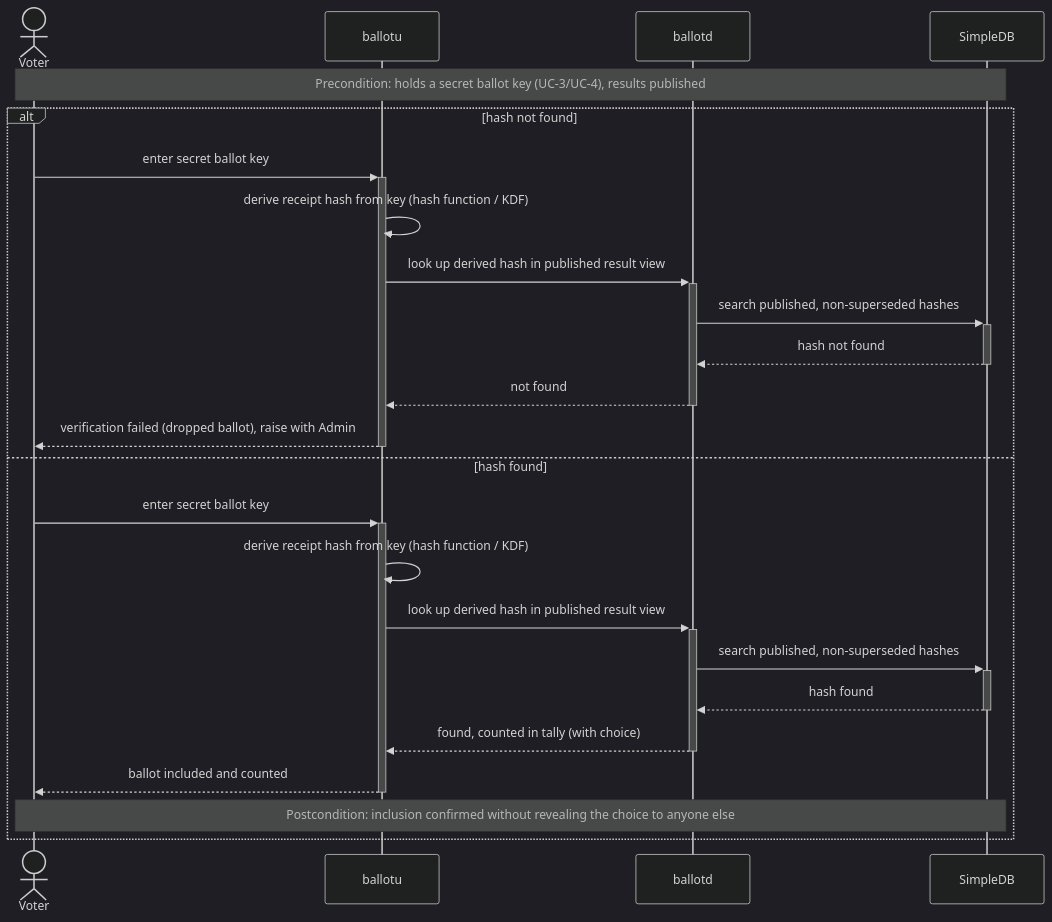
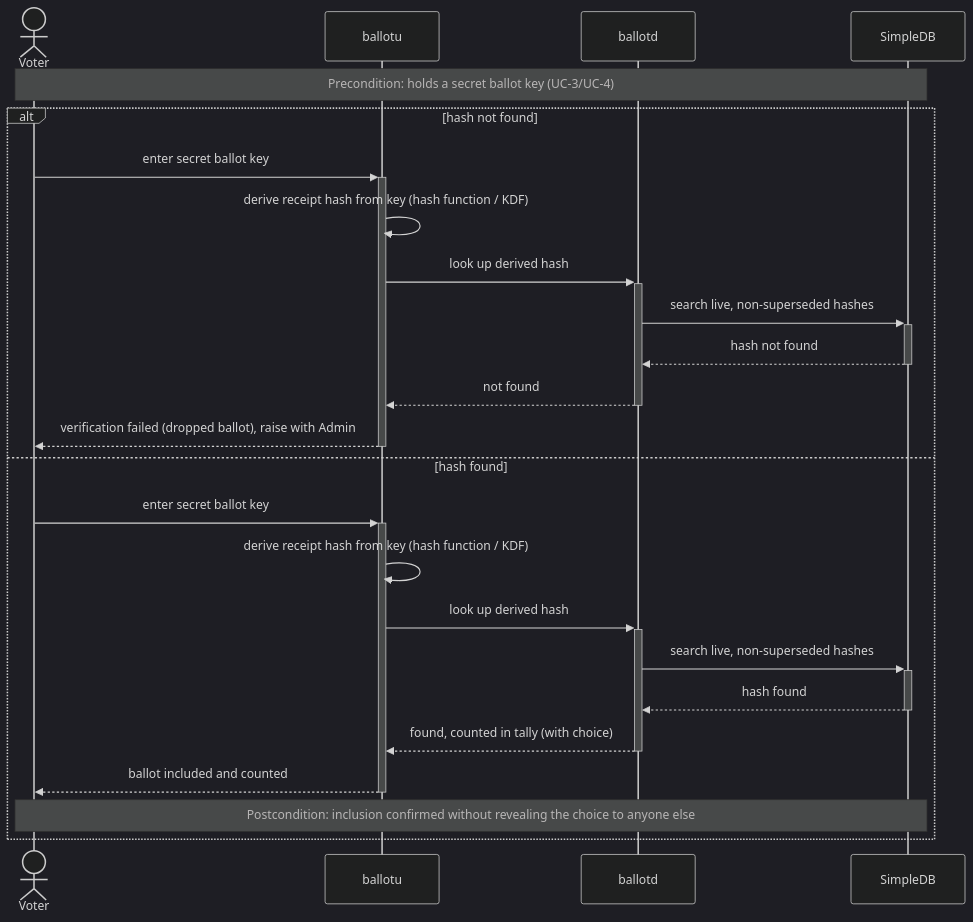
Before and after one commit to JediNakDev/ballotbox: the seventh of 11 diagrams in README.md, drawn with Mermaid (dark theme). The commit also changed other lines of this file and 7 other files, not shown here.

````diff
--- a/README.md
+++ b/README.md
@@ -415,28 +426,28 @@
 ```mermaid
 sequenceDiagram
     actor Voter
     participant ballotu
     participant ballotd
     participant SimpleDB
 
-    note over Voter, SimpleDB: Precondition: holds a secret ballot key (UC-3/UC-4), results published
+    note over Voter, SimpleDB: Precondition: holds a secret ballot key (UC-3/UC-4)
 
     alt hash not found
         Voter->>+ballotu: enter secret ballot key
         ballotu->>ballotu: derive receipt hash from key (hash function / KDF)
-        ballotu->>+ballotd: look up derived hash in published result view
-        ballotd->>+SimpleDB: search published, non-superseded hashes
+        ballotu->>+ballotd: look up derived hash
+        ballotd->>+SimpleDB: search live, non-superseded hashes
         SimpleDB-->>-ballotd: hash not found
         ballotd-->>-ballotu: not found
         ballotu-->>-Voter: verification failed (dropped ballot), raise with Admin
     else hash found
         Voter->>+ballotu: enter secret ballot key
         ballotu->>ballotu: derive receipt hash from key (hash function / KDF)
-        ballotu->>+ballotd: look up derived hash in published result view
-        ballotd->>+SimpleDB: search published, non-superseded hashes
+        ballotu->>+ballotd: look up derived hash
+        ballotd->>+SimpleDB: search live, non-superseded hashes
         SimpleDB-->>-ballotd: hash found
         ballotd-->>-ballotu: found, counted in tally (with choice)
         ballotu-->>-Voter: ballot included and counted
         note over Voter,SimpleDB: Postcondition: inclusion confirmed without revealing the choice to anyone else
     end
 ```
````
